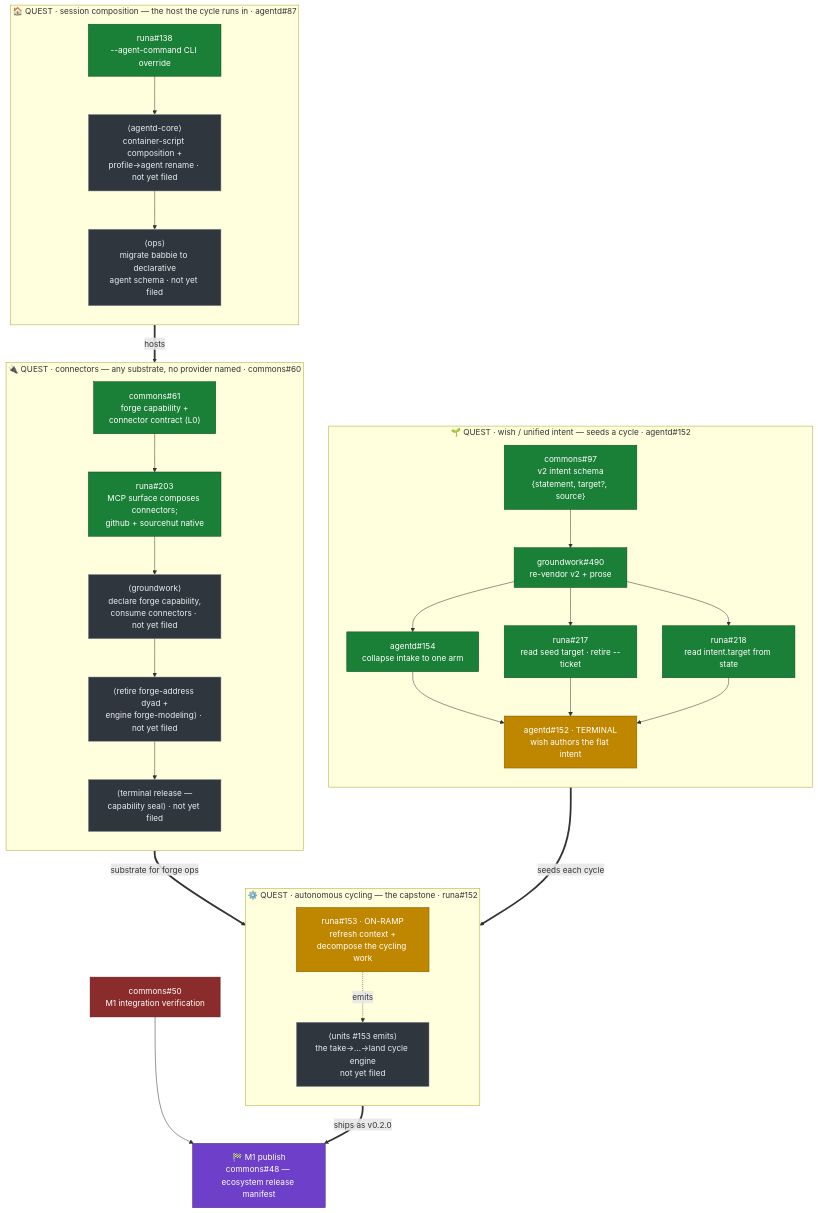
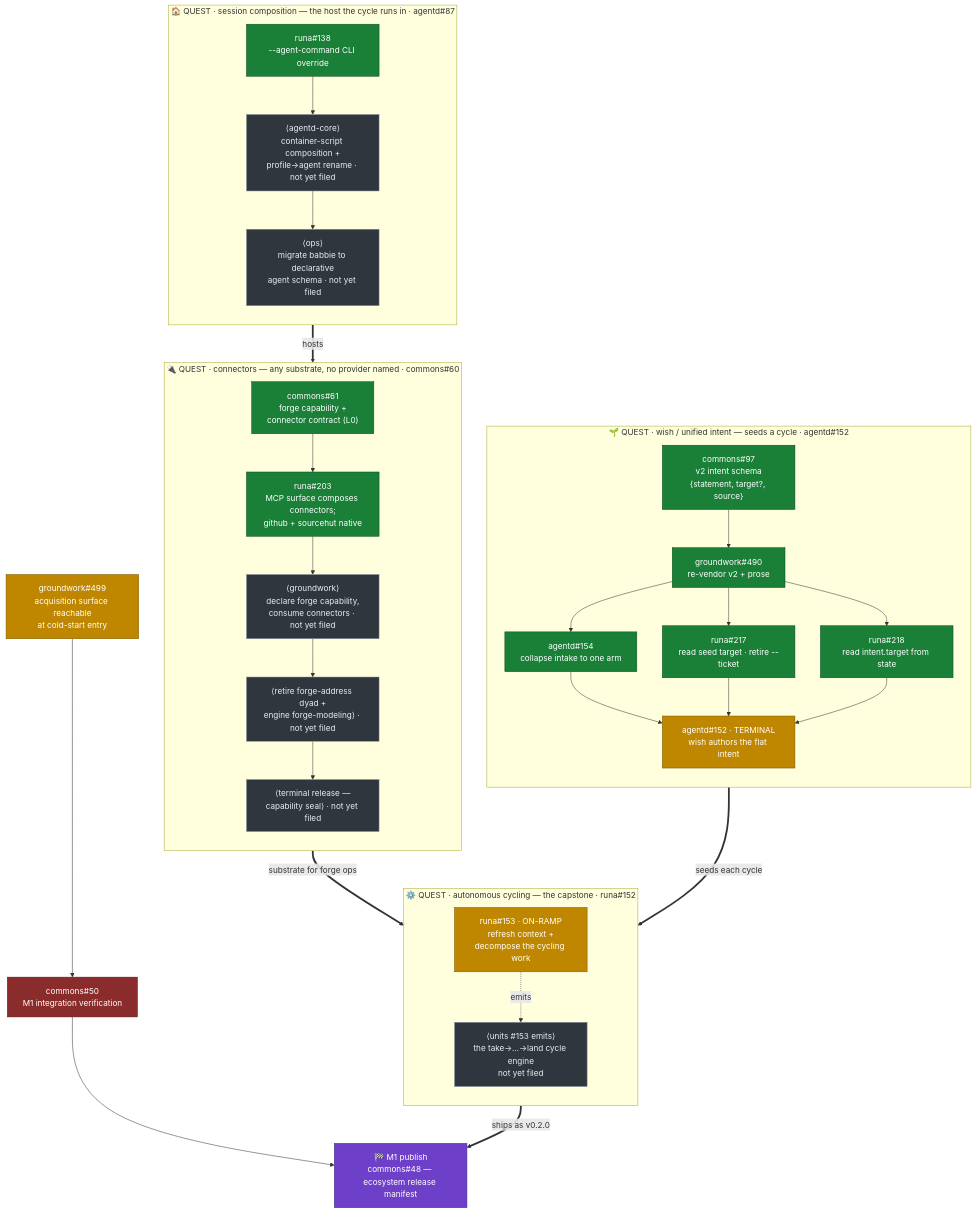
One commit to tesserine/commons changed the diagram in ROADMAP.md. Above: the diagram before and after it, drawn with Mermaid.

Commit message:
roadmap: add groundwork#499 (acquisition surface at cold-start entry) feeding the M1 gate — filing-act node-add

````diff
--- a/ROADMAP.md
+++ b/ROADMAP.md
@@ -48,61 +48,62 @@
 ```mermaid
 flowchart TB
     classDef landed  fill:#1a7f37,stroke:#0a4a1f,color:#ffffff;
     classDef ready   fill:#bf8700,stroke:#7a5600,color:#ffffff;
     classDef open    fill:#30363d,stroke:#8b949e,color:#e6edf3;
     classDef blocked fill:#8b2c2c,stroke:#5a1010,color:#ffffff;
     classDef gate    fill:#6e40c9,stroke:#3d2277,color:#ffffff;
 
     %% ========================= QUEST 1: wish / unified intent =========================
     subgraph Q1["🌱 QUEST · wish / unified intent — seeds a cycle · agentd#152"]
         direction TB
         q1_97["commons#97<br/>v2 intent schema<br/>{statement, target?, source}"]:::landed
         q1_490["groundwork#490<br/>re-vendor v2 + prose"]:::landed
         q1_154["agentd#154<br/>collapse intake to one arm"]:::landed
         q1_217["runa#217<br/>read seed target · retire --ticket"]:::landed
         q1_218["runa#218<br/>read intent.target from state"]:::landed
         q1_152["agentd#152 · TERMINAL<br/>wish authors the flat intent"]:::ready
         q1_97 --> q1_490
         q1_490 --> q1_154 --> q1_152
         q1_490 --> q1_217 --> q1_152
         q1_490 --> q1_218 --> q1_152
     end
 
     %% ========================= QUEST 2: autonomous cycling (CAPSTONE) =================
     subgraph Q2["⚙️ QUEST · autonomous cycling — the capstone · runa#152"]
         direction TB
         q2_153["runa#153 · ON-RAMP<br/>refresh context +<br/>decompose the cycling work"]:::ready
         q2_more["⟨units #153 emits⟩<br/>the take→…→land cycle engine<br/>not yet filed"]:::open
         q2_153 -. "emits" .-> q2_more
     end
 
     %% ========================= QUEST 3: connectors (substrate) =======================
     subgraph Q3["🔌 QUEST · connectors — any substrate, no provider named · commons#60"]
         direction TB
         q3_61["commons#61<br/>forge capability +<br/>connector contract (L0)"]:::landed
         q3_203["runa#203<br/>MCP surface composes connectors;<br/>github + sourcehut native"]:::landed
         q3_gw["⟨groundwork⟩<br/>declare forge capability,<br/>consume connectors · not yet filed"]:::open
         q3_ret["⟨retire forge-address dyad +<br/>engine forge-modeling⟩ · not yet filed"]:::open
         q3_rel["⟨terminal release —<br/>capability seal⟩ · not yet filed"]:::open
         q3_61 --> q3_203 --> q3_gw --> q3_ret --> q3_rel
     end
 
     %% ========================= QUEST 4: session composition (host) ===================
     subgraph Q4["🏠 QUEST · session composition — the host the cycle runs in · agentd#87"]
         direction TB
         q4_138["runa#138<br/>--agent-command CLI override"]:::landed
         q4_core["⟨agentd-core⟩<br/>container-script composition +<br/>profile→agent rename · not yet filed"]:::open
         q4_ops["⟨ops⟩<br/>migrate babbie to declarative<br/>agent schema · not yet filed"]:::open
         q4_138 --> q4_core --> q4_ops
     end
 
     %% ============================== THE STACK =========================================
     Q4 == "hosts" ==> Q3
     Q3 == "substrate for forge ops" ==> Q2
     Q1 == "seeds each cycle" ==> Q2
 
     %% ============================ CONVERGENCE / RELEASE ===============================
     Q2 == "ships as v0.2.0" ==> M1REL
+    GWACQ["groundwork#499<br/>acquisition surface reachable<br/>at cold-start entry"]:::ready --> M1INT
     M1INT["commons#50<br/>M1 integration verification"]:::blocked --> M1REL
     M1REL["🏁 M1 publish<br/>commons#48 — ecosystem release manifest"]:::gate
 ```
````
